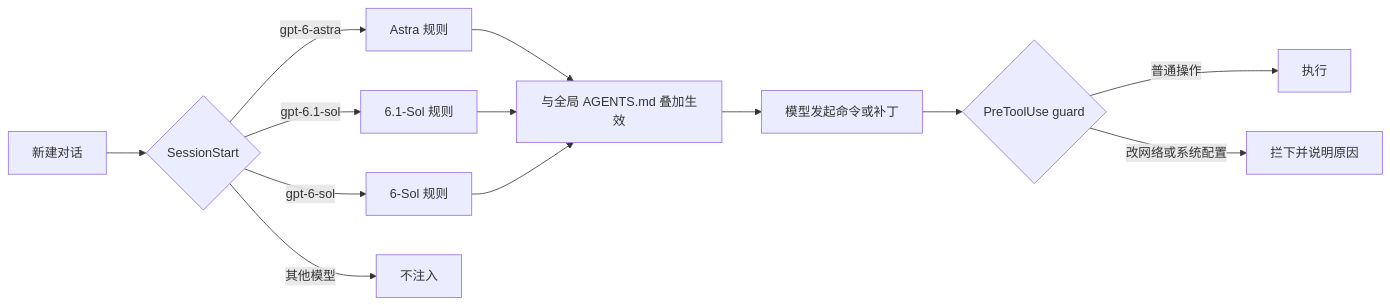
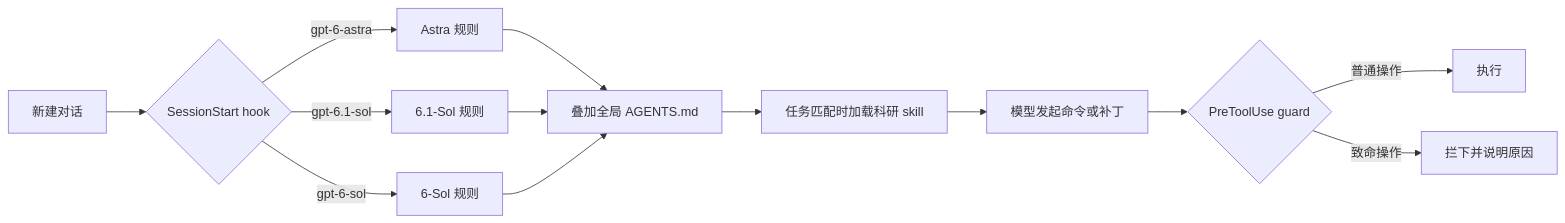
The diagram in README.md (RainyMarks/GPT6-Research-Dev-Boost), drawn with Mermaid before and after one commit. The commit also changed other lines of this file, not shown here.

````diff
--- a/README.md
+++ b/README.md
@@ -45,13 +69,13 @@
 ```mermaid
 flowchart LR
-    A[新建对话] --> B{SessionStart}
+    A[新建对话] --> B{SessionStart hook}
     B -->|gpt-6-astra| C[Astra 规则]
     B -->|gpt-6.1-sol| D[6.1-Sol 规则]
     B -->|gpt-6-sol| E[6-Sol 规则]
-    B -->|其他模型| F[不注入]
-    C & D & E --> G[与全局 AGENTS.md 叠加生效]
-    G --> H[模型发起命令或补丁]
+    C & D & E --> G[叠加全局 AGENTS.md]
+    G --> S[任务匹配时加载科研 skill]
+    S --> H[模型发起命令或补丁]
     H --> I{PreToolUse guard}
     I -->|普通操作| J[执行]
-    I -->|改网络或系统配置| K[拦下并说明原因]
+    I -->|致命操作| K[拦下并说明原因]
 ```
````
